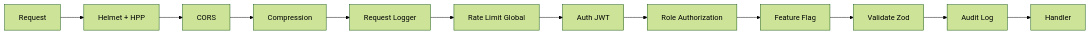
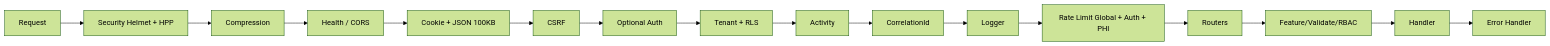
Before and after one commit to bentlyy/Clinica-Salud-Vital: the second of 2 diagrams in wiki/01-ARQUITECTURA/Arquitectura-General.md, drawn with Mermaid (forest theme). The commit also changed other lines of this file and 25 other files, not shown here.

Commit message:
docs: update wiki documentation and security.sql RLS refinements

````diff
--- a/wiki/01-ARQUITECTURA/Arquitectura-General.md
+++ b/wiki/01-ARQUITECTURA/Arquitectura-General.md
@@ -39,14 +39,18 @@
 ```mermaid
 graph LR
-    A[Request] --> B[Helmet + HPP]
-    B --> C[CORS]
-    C --> D[Compression]
-    D --> E[Request Logger]
-    E --> F[Rate Limit Global]
-    F --> G[Auth JWT]
-    G --> H[Role Authorization]
-    H --> I[Feature Flag]
-    I --> J[Validate Zod]
-    J --> K[Audit Log]
-    K --> L[Handler]
+    A[Request] --> B[Security Helmet + HPP]
+    B --> C[Compression]
+    C --> D[Health / CORS]
+    D --> E[Cookie + JSON 100KB]
+    E --> F[CSRF]
+    F --> G[Optional Auth]
+    G --> H[Tenant + RLS]
+    H --> I[Activity]
+    I --> J[CorrelationId]
+    J --> K[Logger]
+    K --> L[Rate Limit Global + Auth + PHI]
+    L --> M[Routers]
+    M --> N[Feature/Validate/RBAC]
+    N --> O[Handler]
+    O --> P[Error Handler]
 ```
````
